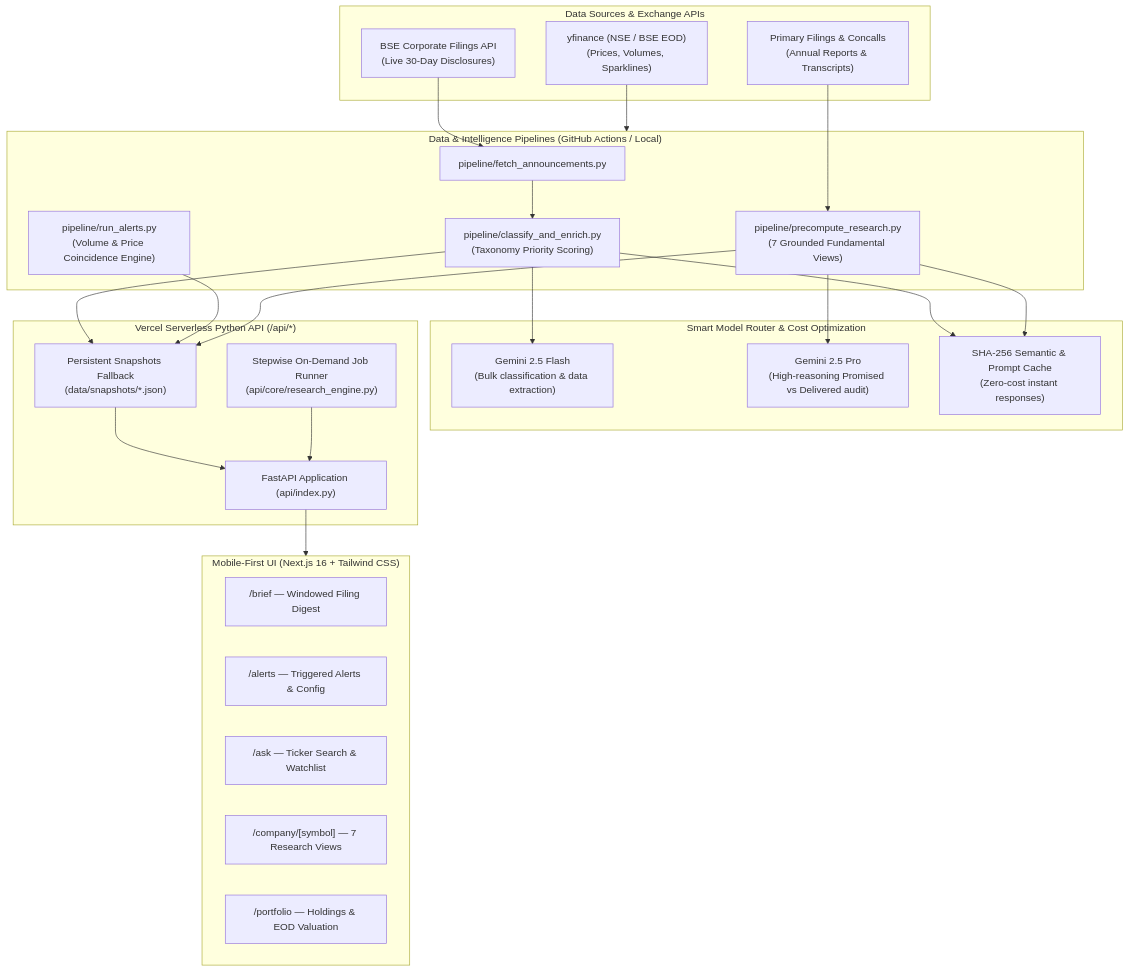
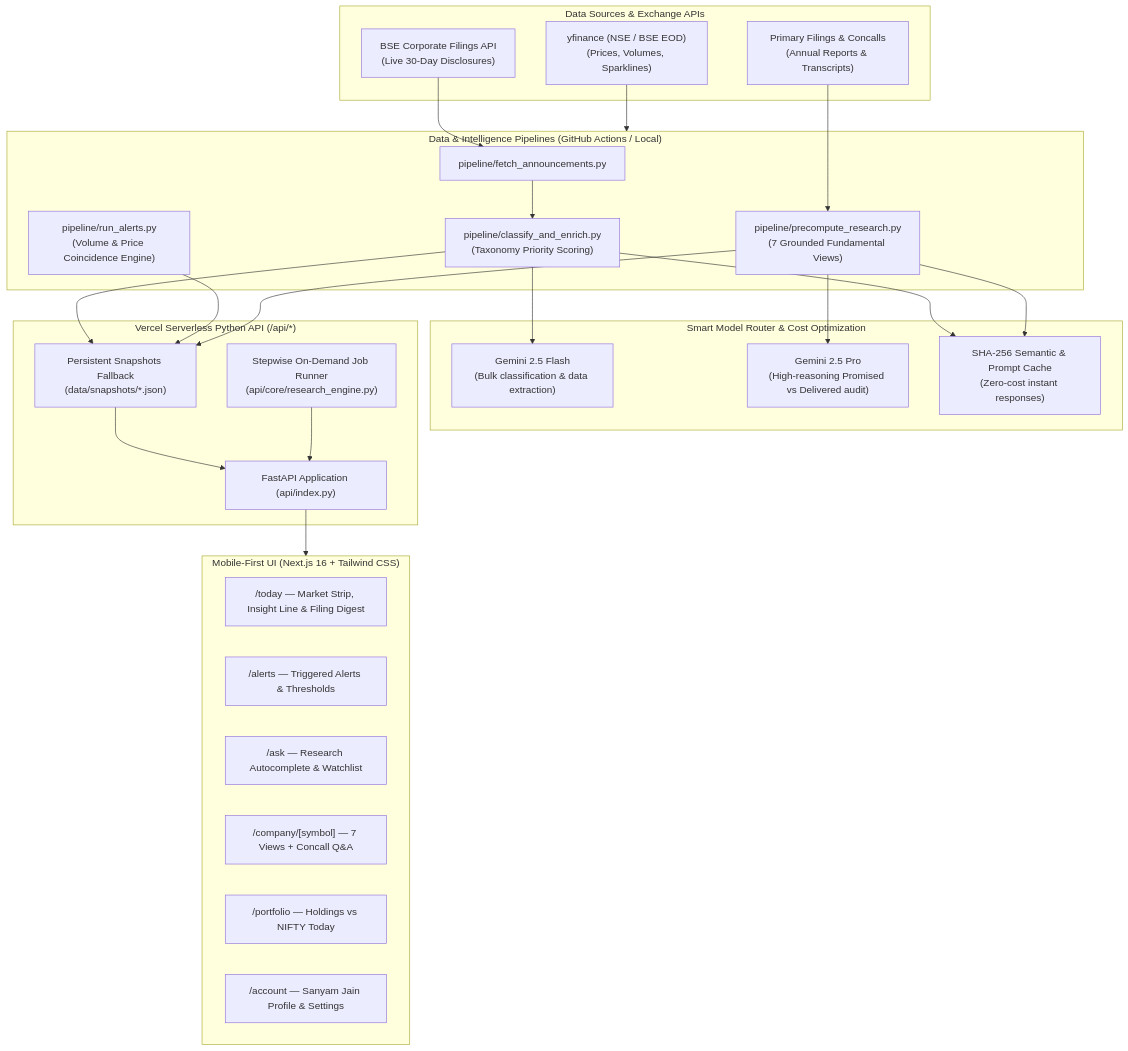
One commit to abhaysaxena26/FINN_Enam changed the diagram in README.md. Above: the diagram before and after it, drawn with Mermaid. The commit also changed other lines of this file and 24 other files, not shown here.

Commit message:
feat: FINN v2 — polish, completeness pass, brand logo, today feed & account

````diff
--- a/README.md
+++ b/README.md
@@ -25,52 +25,53 @@
 ```mermaid
 flowchart TD
     subgraph DataSources["Data Sources & Exchange APIs"]
         BSE["BSE Corporate Filings API\n(Live 30-Day Disclosures)"]
         YF["yfinance (NSE / BSE EOD)\n(Prices, Volumes, Sparklines)"]
         SCR["Primary Filings & Concalls\n(Annual Reports & Transcripts)"]
     end
 
     subgraph Pipeline["Data & Intelligence Pipelines (GitHub Actions / Local)"]
         Fetch["pipeline/fetch_announcements.py"]
         Classify["pipeline/classify_and_enrich.py\n(Taxonomy Priority Scoring)"]
         Alerts["pipeline/run_alerts.py\n(Volume & Price Coincidence Engine)"]
         Precompute["pipeline/precompute_research.py\n(7 Grounded Fundamental Views)"]
     end
 
     subgraph LLMRouting["Smart Model Router & Cost Optimization"]
         Flash["Gemini 2.5 Flash\n(Bulk classification & data extraction)"]
         Pro["Gemini 2.5 Pro\n(High-reasoning Promised vs Delivered audit)"]
         Cache["SHA-256 Semantic & Prompt Cache\n(Zero-cost instant responses)"]
     end
 
     subgraph BackendAPI["Vercel Serverless Python API (/api/*)"]
         FastAPI["FastAPI Application (api/index.py)"]
         Stepper["Stepwise On-Demand Job Runner\n(api/core/research_engine.py)"]
         Snapshots["Persistent Snapshots Fallback\n(data/snapshots/*.json)"]
     end
 
     subgraph Frontend["Mobile-First UI (Next.js 16 + Tailwind CSS)"]
-        Brief["/brief — Windowed Filing Digest"]
-        AlertsUI["/alerts — Triggered Alerts & Config"]
-        Ask["/ask — Ticker Search & Watchlist"]
-        Company["/company/[symbol] — 7 Research Views"]
-        Portfolio["/portfolio — Holdings & EOD Valuation"]
+        Today["/today — Market Strip, Insight Line & Filing Digest"]
+        AlertsUI["/alerts — Triggered Alerts & Thresholds"]
+        Ask["/ask — Research Autocomplete & Watchlist"]
+        Company["/company/[symbol] — 7 Views + Concall Q&A"]
+        Portfolio["/portfolio — Holdings vs NIFTY Today"]
+        Account["/account — Sanyam Jain Profile & Settings"]
     end
 
     BSE --> Fetch --> Classify
     YF --> Pipeline
     SCR --> Precompute
 
     Classify --> Flash
     Precompute --> Pro
     Classify --> Cache
     Precompute --> Cache
 
     Classify --> Snapshots
     Alerts --> Snapshots
     Precompute --> Snapshots
 
     Snapshots --> FastAPI
     Stepper --> FastAPI
     FastAPI --> Frontend
 ```
````
